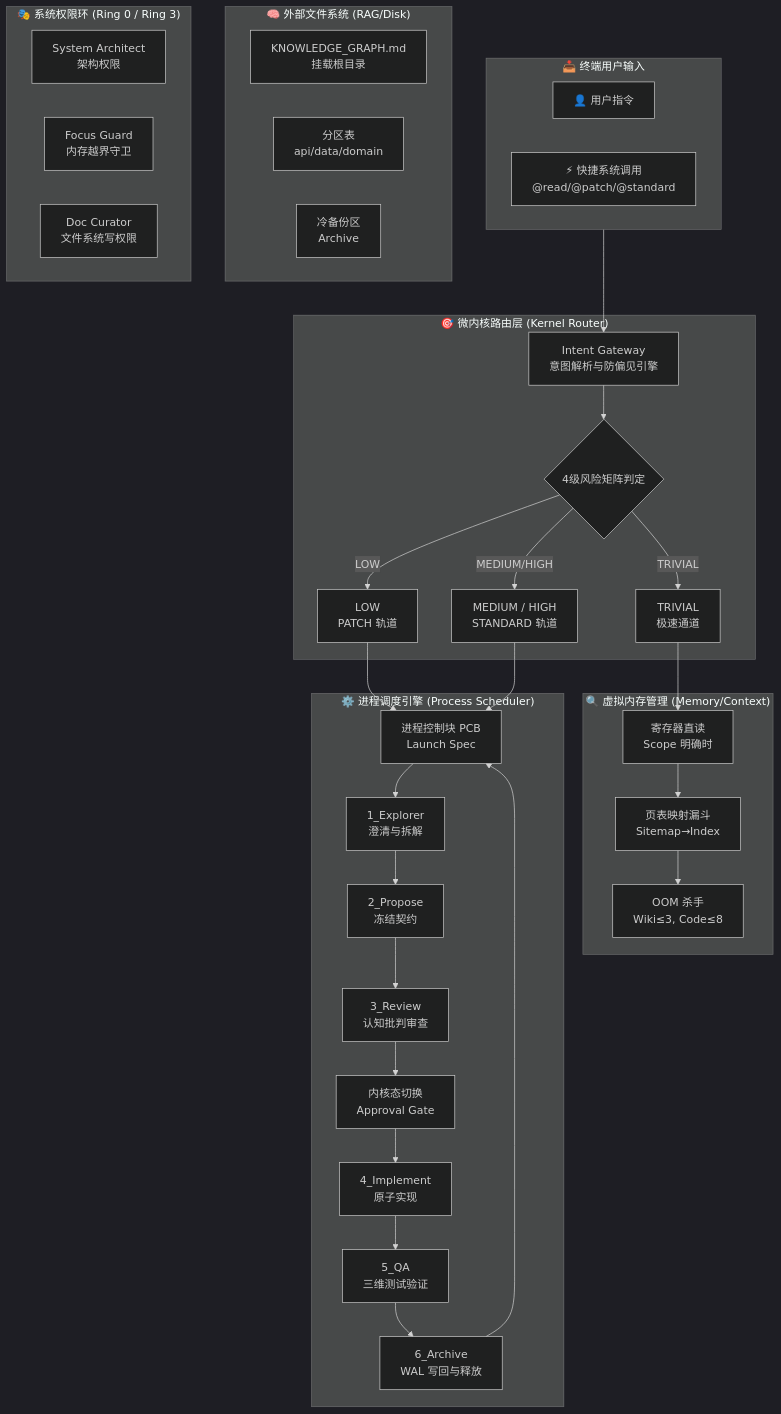
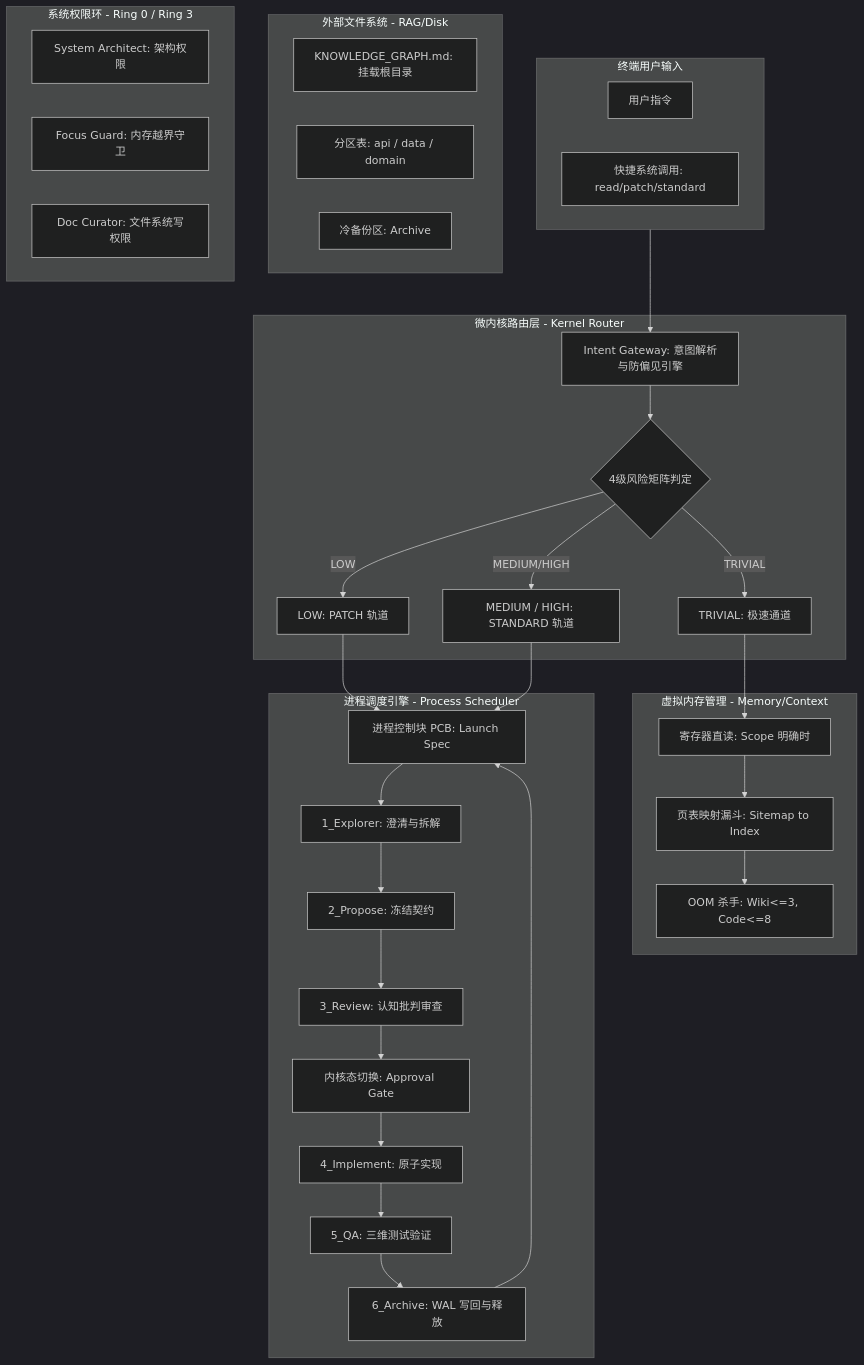
Before and after one commit to listener-He/java-harness-agent: the diagram in README_zh.md, drawn with Mermaid (dark theme). The commit also changed other lines of this file and 3 other files, not shown here.

````diff
--- a/README_zh.md
+++ b/README_zh.md
@@ -104,66 +103,66 @@
 ```mermaid
-flowchart TB
-    subgraph Input["📥 终端用户输入"]
-        User[👤 用户指令]
-        Shortcut["⚡ 快捷系统调用<br/>@read/@patch/@standard"]
+graph TD
+    subgraph Input["终端用户输入"]
+        User["用户指令"]
+        Shortcut["快捷系统调用: read/patch/standard"]
     end
-    
-    subgraph Kernel["🎯 微内核路由层 (Kernel Router)"]
-        IG[Intent Gateway<br/>意图解析与防偏见引擎]
-        Risk{4级风险矩阵判定}
-        TRIVIAL[TRIVIAL<br/>极速通道]
-        LOW[LOW<br/>PATCH 轨道]
-        MEDHIGH[MEDIUM / HIGH<br/>STANDARD 轨道]
+
+    subgraph Kernel["微内核路由层 - Kernel Router"]
+        IG["Intent Gateway: 意图解析与防偏见引擎"]
+        Risk{"4级风险矩阵判定"}
+        TRIVIAL["TRIVIAL: 极速通道"]
+        LOW["LOW: PATCH 轨道"]
+        MEDHIGH["MEDIUM / HIGH: STANDARD 轨道"]
     end
-    
-    subgraph Context["🔍 虚拟内存管理 (Memory/Context)"]
-        DirectRead[寄存器直读<br/>Scope 明确时]
-        Funnel[页表映射漏斗<br/>Sitemap→Index]
-        Budget[OOM 杀手<br/>Wiki≤3, Code≤8]
+
+    subgraph Context["虚拟内存管理 - Memory/Context"]
+        DirectRead["寄存器直读: Scope 明确时"]
+        Funnel["页表映射漏斗: Sitemap to Index"]
+        Budget["OOM 杀手: Wiki<=3, Code<=8"]
     end
-    
-    subgraph Knowledge["🧠 外部文件系统 (RAG/Disk)"]
-        KG[KNOWLEDGE_GRAPH.md<br/>挂载根目录]
-        DomainIndex["分区表<br/>api/data/domain"]
-        Archive[冷备份区<br/>Archive]
+
+    subgraph Knowledge["外部文件系统 - RAG/Disk"]
+        KG["KNOWLEDGE_GRAPH.md: 挂载根目录"]
+        DomainIndex["分区表: api / data / domain"]
+        Archive["冷备份区: Archive"]
     end
-    
-    subgraph Lifecycle["⚙️ 进程调度引擎 (Process Scheduler)"]
-        LaunchSpec[进程控制块 PCB<br/>Launch Spec]
-        Phase1[1_Explorer<br/>澄清与拆解]
-        Phase2[2_Propose<br/>冻结契约]
-        Phase3[3_Review<br/>认知批判审查]
-        ApprovalGate[内核态切换<br/>Approval Gate]
-        Phase4[4_Implement<br/>原子实现]
-        Phase5[5_QA<br/>三维测试验证]
-        Phase6[6_Archive<br/>WAL 写回与释放]
+
+    subgraph Lifecycle["进程调度引擎 - Process Scheduler"]
+        LaunchSpec["进程控制块 PCB: Launch Spec"]
+        Phase1["1_Explorer: 澄清与拆解"]
+        Phase2["2_Propose: 冻结契约"]
+        Phase3["3_Review: 认知批判审查"]
+        ApprovalGate["内核态切换: Approval Gate"]
+        Phase4["4_Implement: 原子实现"]
+        Phase5["5_QA: 三维测试验证"]
+        Phase6["6_Archive: WAL 写回与释放"]
     end
-    
-    subgraph Roles["🎭 系统权限环 (Ring 0 / Ring 3)"]
-        SysArchitect[System Architect<br/>架构权限]
-        FocusGuard[Focus Guard<br/>内存越界守卫]
-        DocCurator[Doc Curator<br/>文件系统写权限]
+
+    subgraph Roles["系统权限环 - Ring 0 / Ring 3"]
+        SysArchitect["System Architect: 架构权限"]
+        FocusGuard["Focus Guard: 内存越界守卫"]
+        DocCurator["Doc Curator: 文件系统写权限"]
     end
-    
+
     Input --> IG
     IG --> Risk
     Risk -->|TRIVIAL| TRIVIAL
     Risk -->|LOW| LOW
     Risk -->|MEDIUM/HIGH| MEDHIGH
-    
+
     TRIVIAL --> DirectRead
     LOW --> LaunchSpec
     MEDHIGH --> LaunchSpec
-    
+
     DirectRead --> Funnel
     Funnel --> Budget
-    
+
     LaunchSpec --> Phase1
     Phase1 --> Phase2
     Phase2 --> Phase3
     Phase3 --> ApprovalGate
     ApprovalGate --> Phase4
     Phase4 --> Phase5
     Phase5 --> Phase6
     Phase6 --> LaunchSpec
 ```
````
